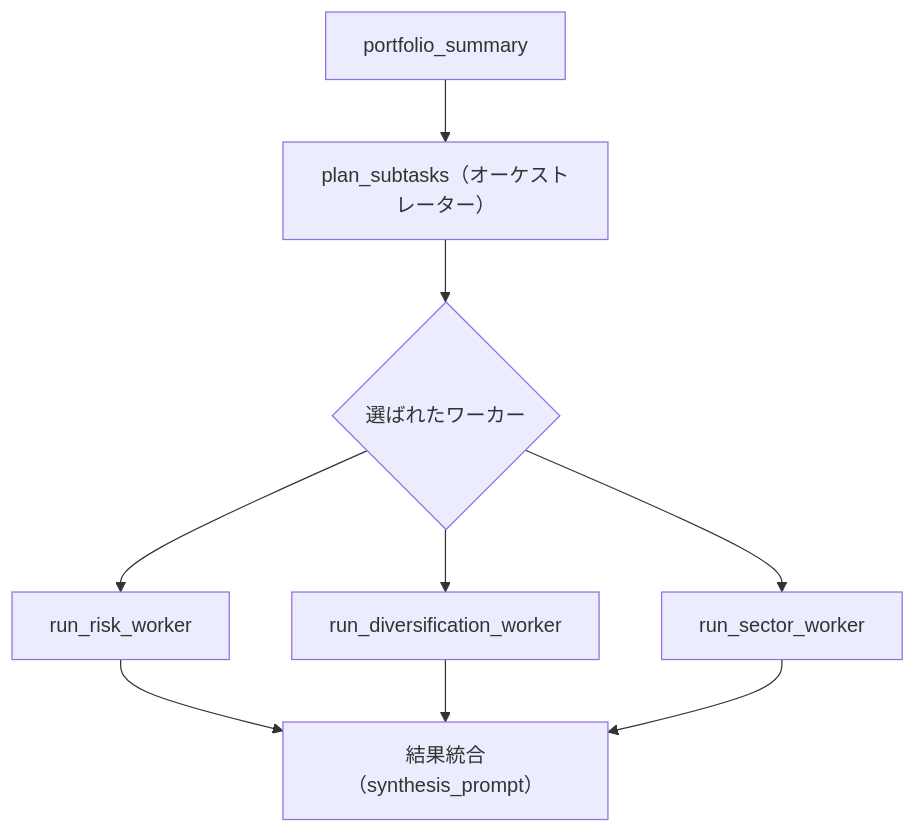
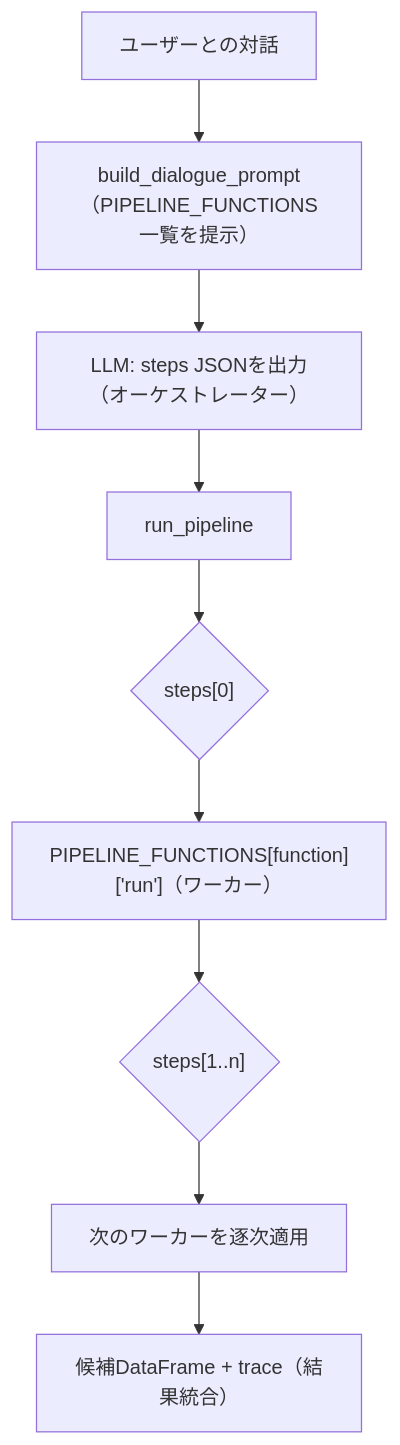
One commit to duwenji/genai-app-integration-tutorial changed the diagram in docs/05-agentic-workflow-patterns/03-orchestrator-workers.md. Above: the diagram before and after it, drawn with Mermaid. The commit also changed other lines of this file and 4 other files, not shown here.

````diff
--- a/docs/05-agentic-workflow-patterns/03-orchestrator-workers.md
+++ b/docs/05-agentic-workflow-patterns/03-orchestrator-workers.md
@@ -98,11 +152,11 @@
 ```mermaid
 flowchart TD
-    A["portfolio_summary"] --> B["plan_subtasks（オーケストレーター）"]
-    B --> C{"選ばれたワーカー"}
-    C --> D["run_risk_worker"]
-    C --> E["run_diversification_worker"]
-    C --> F["run_sector_worker"]
-    D --> G["結果統合（synthesis_prompt）"]
-    E --> G
-    F --> G
+    A["ユーザーとの対話"] --> B["build_dialogue_prompt（PIPELINE_FUNCTIONS一覧を提示）"]
+    B --> C["LLM: steps JSONを出力（オーケストレーター）"]
+    C --> D["run_pipeline"]
+    D --> E{"steps[0]"}
+    E --> F["PIPELINE_FUNCTIONS[function]['run']（ワーカー）"]
+    F --> G{"steps[1..n]"}
+    G --> H["次のワーカーを逐次適用"]
+    H --> I["候補DataFrame + trace（結果統合）"]
 ```
````
